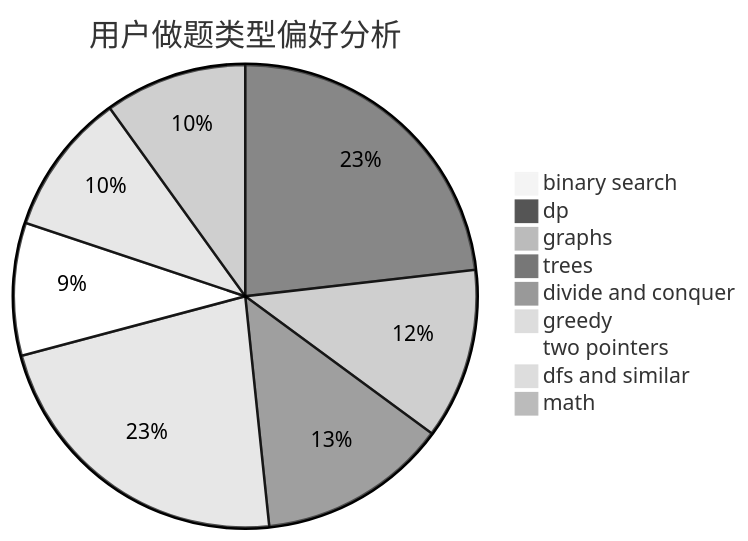
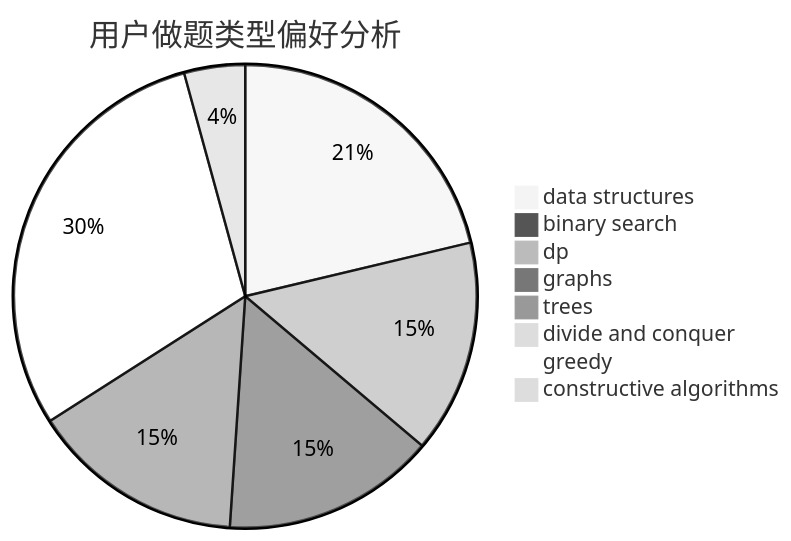
Before and after one commit to sherpahu/cfrs.github.io: the second of 3 diagrams in docs/user/u2341.md, drawn with Mermaid (neutral theme). The commit also changed other lines of this file and 2775 other files, not shown here.

````diff
--- a/docs/user/u2341.md
+++ b/docs/user/u2341.md
@@ -23,12 +23,11 @@
 ```mermaid
 pie title 用户做题类型偏好分析
+    "data structures" :  10
     "binary search" :  0
-    "dp" :  35
-    "graphs" :  18
-    "trees" :  20
+    "dp" :  7
+    "graphs" :  7
+    "trees" :  7
     "divide and conquer" :  0
-    "greedy" :  34
-    "two pointers" :  14
-    "dfs and similar" :  15
-    "math" :  15
+    "greedy" :  14
+    "constructive algorithms" :  2
 ```
````
